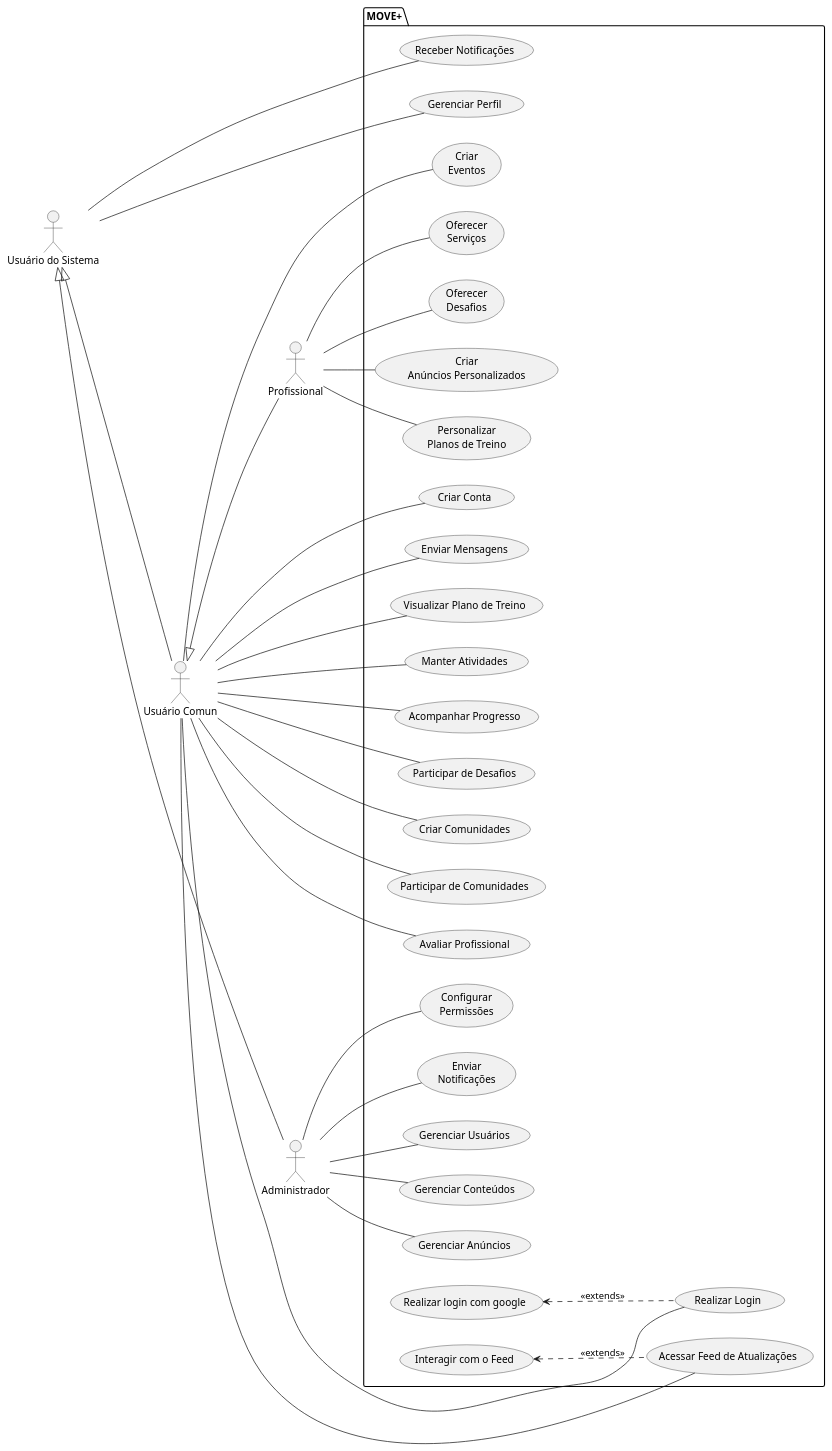
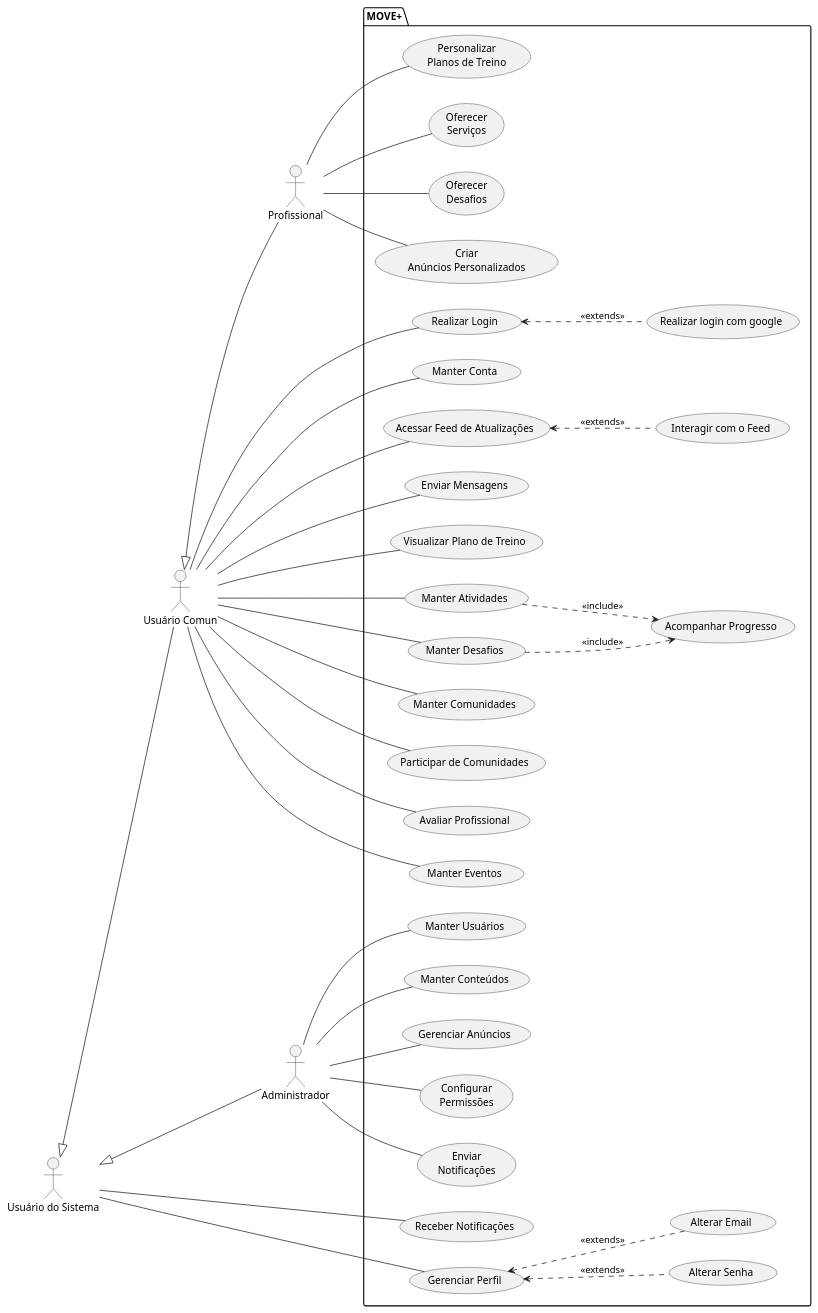
The diagram in specs/design/view-usecase/usecase.puml (raizaft/MOVE), drawn with PlantUML before and after one commit. The commit also changed 1 other file, not shown here.

Commit message:
update usecase

```diff
--- a/specs/design/view-usecase/usecase.puml
+++ b/specs/design/view-usecase/usecase.puml
@@ -1,77 +1,83 @@
 @startuml MOVE+
 
 left to right direction
 
 ' Atores
 actor "Usuário do Sistema" as u
 actor "Usuário Comun" as User
 actor "Profissional" as Professional
 actor "Administrador" as Admin
 
 ' Relacionamentos
 u <|-- User
 User <|-- Professional
 u <|-- Admin
 
 package MOVE+ {
     usecase "Receber Notificações" as UC10
     usecase "Gerenciar Perfil" as UC15
+    usecase "Alterar Senha" as UC28
+    usecase "Alterar Email" as UC29
 
     usecase "Realizar Login" as UC2
-    usecase "Criar Conta" as UC1
+    usecase "Manter Conta" as UC1
     usecase "Acessar Feed de Atualizações" as UC3
     usecase "Enviar Mensagens" as UC8
     usecase "Visualizar Plano de Treino" as UC4
     usecase "Manter Atividades" as UC5
     usecase "Acompanhar Progresso" as UC6
-    usecase "Participar de Desafios" as UC7
-    usecase "Criar Comunidades" as UC9
+    usecase "Manter Desafios" as UC7
+    usecase "Manter Comunidades" as UC9
     usecase "Participar de Comunidades" as UC18
     usecase "Avaliar Profissional" as UC11
-    usecase "Criar\nEventos" as UC23
+    usecase "Manter Eventos" as UC23
 
     (Personalizar\nPlanos de Treino) as UC19
     (Oferecer\nServiços) as UC20
     (Oferecer\nDesafios) as UC21
     (Criar\nAnúncios Personalizados) as UC22
 
-    usecase "Gerenciar Usuários" as UC12
-    usecase "Gerenciar Conteúdos" as UC13
+    usecase "Manter Usuários" as UC12
+    usecase "Manter Conteúdos" as UC13
     usecase "Gerenciar Anúncios" as UC14
     (Configurar\nPermissões) as UC24
     (Enviar\nNotificações) as UC27
 
     usecase "Realizar login com google" as UC16
     usecase "Interagir com o Feed" as UC17
 }
 
 u -- UC10
 u -- UC15
 
 User -- UC1
 User -- UC2
 User -- UC3
 User -- UC4
 User -- UC5
-User -- UC6
 User -- UC7
 User -- UC8
 User -- UC9
 User -- UC11
 User -- UC18
 User -- UC23
-
-UC16 <.. UC2 : <<extends>>
-UC17 <.. UC3 : <<extends>>
 
 Professional -- UC19
 Professional -- UC20
 Professional -- UC21
 Professional -- UC22
 
 Admin -- UC12
 Admin -- UC13
 Admin -- UC14
 Admin -- UC24
 Admin -- UC27
+
+UC2 <.. UC16 : <<extends>>
+UC3 <.. UC17 : <<extends>>
+UC7 ..> UC6 : <<include>>
+UC5 ..> UC6 : <<include>>
+UC15 <.. UC28 : <<extends>>
+UC15 <.. UC29 : <<extends>>
+
 @enduml
```
